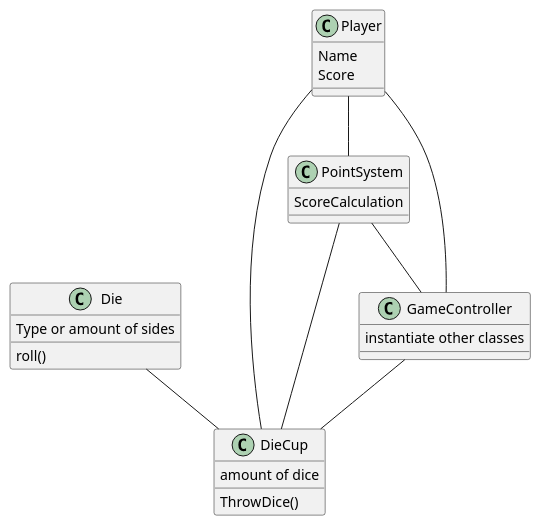
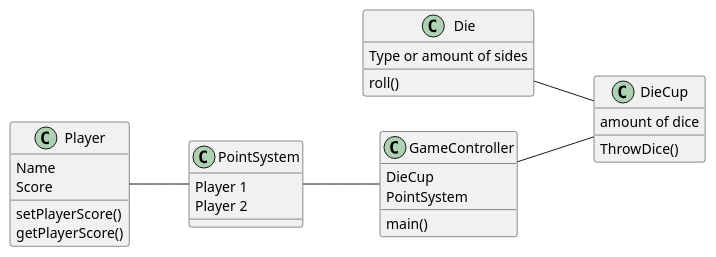
Before and after one commit to PhilipCramer/11_CDIO_SEMESTER1: the diagram in G11_del1/src/main/java/Classes.puml, drawn with PlantUML. The commit also changed 1 other file, not shown here.

Commit message:
rettelser til klassediagram

```diff
--- a/G11_del1/src/main/java/Classes.puml
+++ b/G11_del1/src/main/java/Classes.puml
@@ -1,34 +1,41 @@
 @startuml
 'https://plantuml.com/class-diagram
+left to right direction
 
 class Die {
 Type or amount of sides
 }
 Die : roll()
+
 class Player{
 Name
 Score
 }
+Player : setPlayerScore()
+Player : getPlayerScore()
+
 class DieCup {
 amount of dice
 }
 DieCup : ThrowDice()
+
 class PointSystem {
-ScoreCalculation
-}
-class GameController {
-instantiate other classes
+Player 1
+Player 2
 }
 
+class GameController {
+DieCup
+PointSystem
+}
+GameController : main()
 
 
 
 GameController -- DieCup
 Die -- DieCup
-Player ---- DieCup
-Player --GameController
-Player -- PointSystem
+Player --PointSystem
 PointSystem -- GameController
-PointSystem -- DieCup
+
 
 @enduml
```
